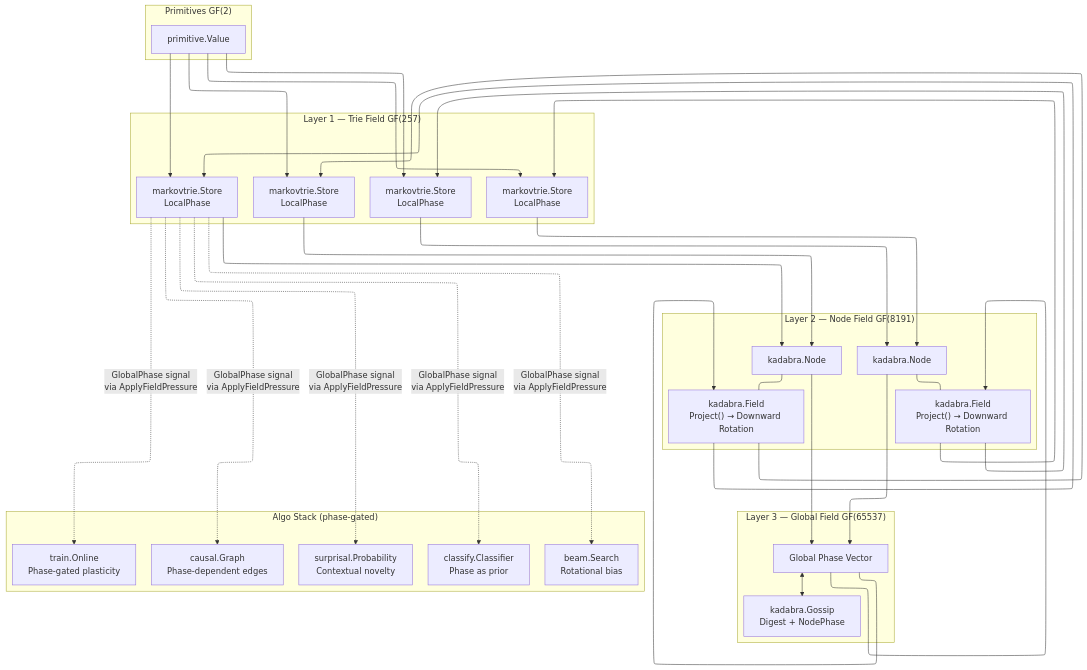
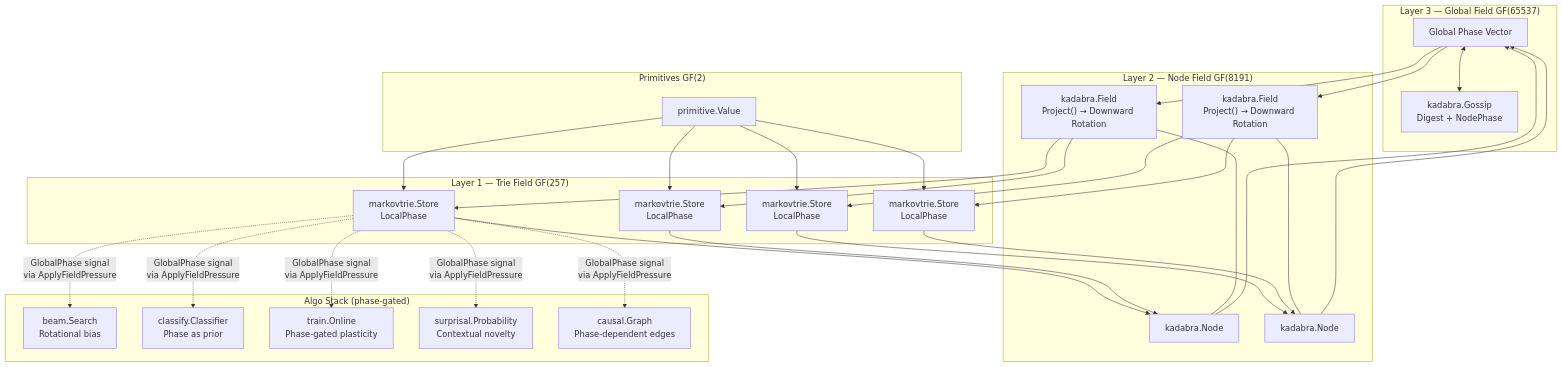
The diagram in README.md (TheApeMachine/six), drawn with Mermaid before and after one commit. The commit also changed 11 other files, not shown here.

````diff
--- a/README.md
+++ b/README.md
@@ -24,67 +24,64 @@
 ```mermaid
-flowchart-elk TD
-    %% ELK backend produces straighter and orthogonal edges automatically.
-    %% Optional: fine-tune spacing or edge routing.
-    %% layoutOptions: {"elk.algorithm":"layered","elk.edgeRouting":"ORTHOGONAL"}
+flowchart TD
 
     subgraph "Layer 3 — Global Field GF(65537)"
         GF["Global Phase Vector"]
         Gossip["kadabra.Gossip<br/>Digest + NodePhase"]
         GF <--> Gossip
     end
 
     subgraph "Layer 2 — Node Field GF(8191)"
         N1["kadabra.Node"]
         N2["kadabra.Node"]
         F1["kadabra.Field<br/>Project() → Downward Rotation"]
         F2["kadabra.Field<br/>Project() → Downward Rotation"]
         N1 --- F1
         N2 --- F2
     end
 
     subgraph "Layer 1 — Trie Field GF(257)"
         S1["markovtrie.Store<br/>LocalPhase"]
         S2["markovtrie.Store<br/>LocalPhase"]
         S3["markovtrie.Store<br/>LocalPhase"]
         S4["markovtrie.Store<br/>LocalPhase"]
     end
 
     subgraph "Algo Stack (phase-gated)"
         Beam["beam.Search<br/>Rotational bias"]
         Classify["classify.Classifier<br/>Phase as prior"]
         Train["train.Online<br/>Phase-gated plasticity"]
         Surprisal["surprisal.Probability<br/>Contextual novelty"]
         Causal["causal.Graph<br/>Phase-dependent edges"]
     end
 
     subgraph "Primitives GF(2)"
         V["primitive.Value"]
     end
 
     %% Bottom-up
     V --> S1
     V --> S2
     V --> S3
     V --> S4
     S1 --> N1
     S2 --> N1
     S3 --> N2
     S4 --> N2
     N1 --> GF
     N2 --> GF
 
     %% Top-down
     GF --> F1
     GF --> F2
     F1 --> S1
     F1 --> S2
     F2 --> S3
     F2 --> S4
 
     %% Algo stack receives phase via ApplyFieldPressure
     S1 -. "GlobalPhase signal<br/>via ApplyFieldPressure" .-> Beam
     S1 -. "GlobalPhase signal<br/>via ApplyFieldPressure" .-> Classify
     S1 -. "GlobalPhase signal<br/>via ApplyFieldPressure" .-> Train
     S1 -. "GlobalPhase signal<br/>via ApplyFieldPressure" .-> Surprisal
     S1 -. "GlobalPhase signal<br/>via ApplyFieldPressure" .-> Causal
 ```
````
